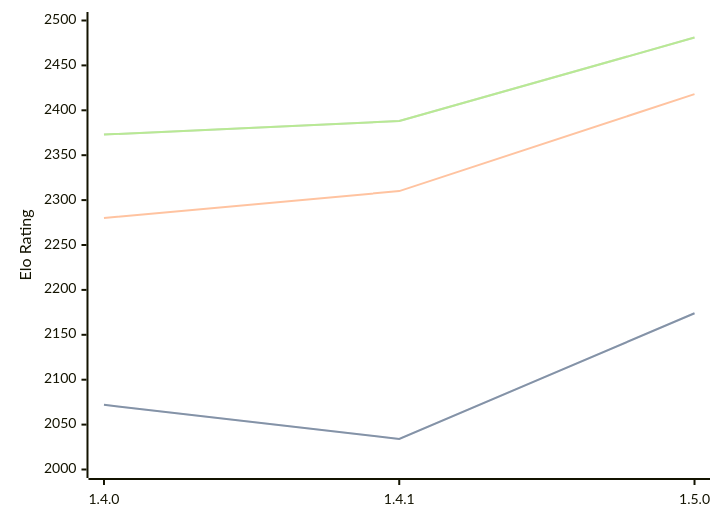
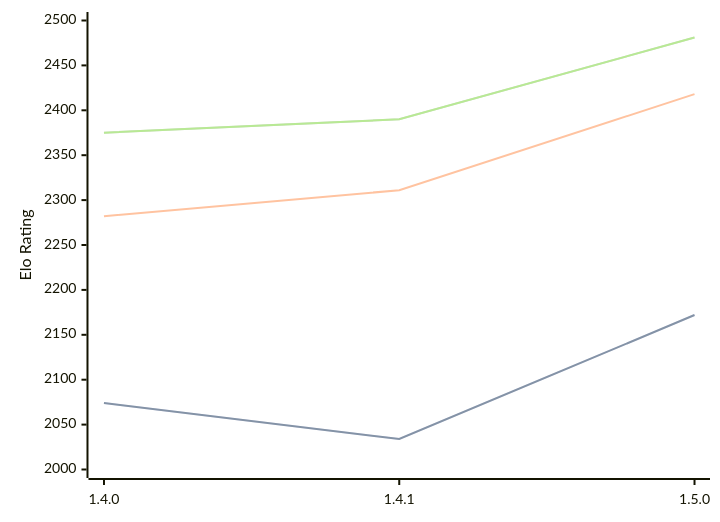
The first of 3 diagrams in engines/Tofiks.md (computer-chess-index/cci), drawn with Mermaid before and after one commit. The commit also changed other lines of this file, not shown here.

Commit message:
Update CCI Ratings (ELO VLTC) - 2026-06-30

````diff
--- a/engines/Tofiks.md
+++ b/engines/Tofiks.md
@@ -37,11 +37,11 @@
 ```mermaid
 %%{init: {"theme":"base","themeVariables":{"seriesColors:['#a3a3a3','#222221','#faa371']}}}%%
 xychart-beta
   x-axis ["1.4.0", "1.4.1", "1.5.0"]
   y-axis "Elo Rating" 2000 --> 2500
-  line "STC (8.0+0.08s)" [2072, 2034, 2174]
-  line "STC (8.0+0.08s)" [2072, 2034, 2174]
-  line "LTC (60.0+0.60s)" [2280, 2310, 2418]
-  line "VLTC (2m24s+1.12s)" [2373, 2388, 2481]
-  line "VLTC (2m24s+1.12s)" [2373, 2388, 2481]
+  line "STC (8.0+0.08s)" [2074, 2034, 2172]
+  line "STC (8.0+0.08s)" [2074, 2034, 2172]
+  line "LTC (60.0+0.60s)" [2282, 2311, 2418]
+  line "VLTC (2m24s+1.12s)" [2375, 2390, 2481]
+  line "VLTC (2m24s+1.12s)" [2375, 2390, 2481]
 ```
````
